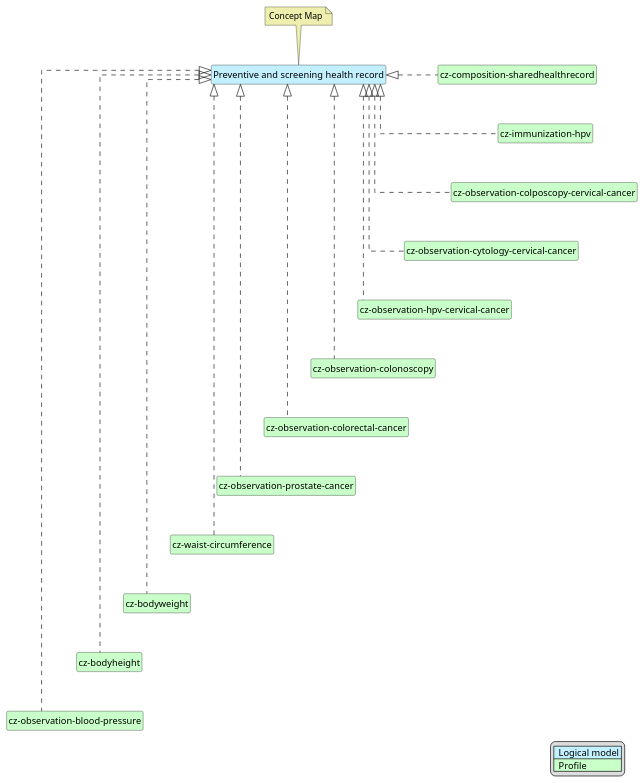
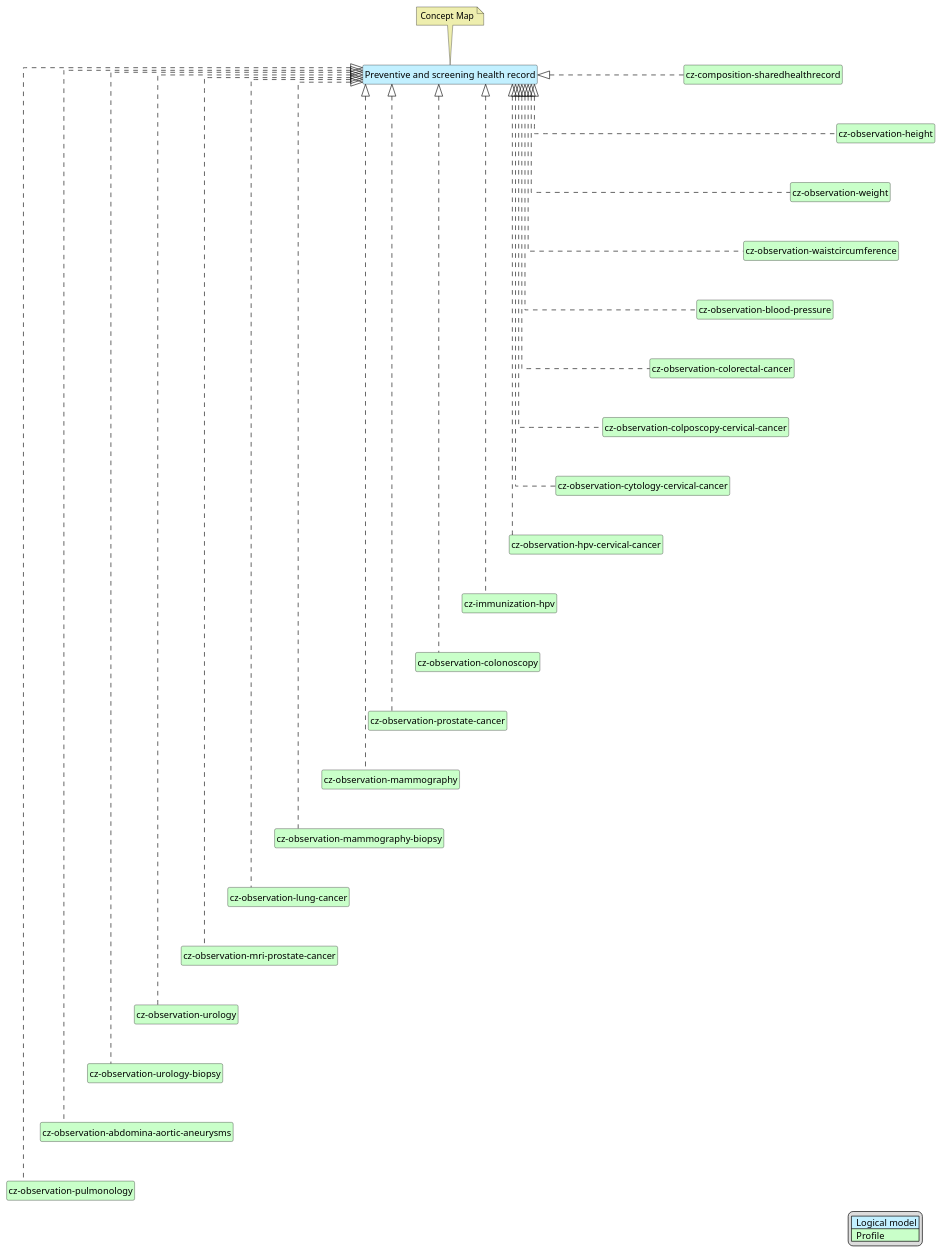
One commit to HL7-cz/szz changed the diagram in input/images-source/szz-scr-map.plantuml. Above: the diagram before and after it, drawn with PlantUML. The commit also changed 1 other file, not shown here.

Commit message:
Revising Screening and Preventive Document body mapping models

```diff
--- a/input/images-source/szz-scr-map.plantuml
+++ b/input/images-source/szz-scr-map.plantuml
@@ -1,59 +1,83 @@
 @startuml
 hide circle
 hide stereotype
 hide members
 hide methods
 skinparam linetype ortho
 skinparam class {
 BackgroundColor<<LogicalModel>> #APPLICATION
 BackgroundColor<<Profile>> #TECHNOLOGY
 }
 legend right
 | <#APPLICATION>  Logical model |
 | <#TECHNOLOGY>  Profile |
 endlegend
 
 class "Preventive and screening health record" <<LogicalModel>> [[StructureDefinition-PreventiveAndScreeningRecordCz.html]]
 note top #EEEEAE [[ConceptMap-ScreeningRecor2FHIR-cz.html]]
 Concept Map
 endnote
 
 class "cz-composition-sharedhealthrecord" <<Profile>> [[StructureDefinition-cz-composition-sharedhealthrecord.html]]
-class "cz-immunization-hpv" <<Profile>> [[StructureDefinition-cz-immunization-hpv.html]]
+class "cz-observation-height" <<Profile>> [[StructureDefinition-cz-observation-height.html]]
+class "cz-observation-weight" <<Profile>> [[StructureDefinition-cz-observation-weight.html]]
+class "cz-observation-waistcircumference" <<Profile>> [[StructureDefinition-cz-observation-waistcircumference.html]]
+class "cz-observation-blood-pressure" <<Profile>> [[StructureDefinition-cz-observation-blood-pressure.html]]
+class "cz-observation-colorectal-cancer" <<Profile>> [[StructureDefinition-cz-observation-colorectal-cancer.html]]
 class "cz-observation-colposcopy-cervical-cancer" <<Profile>> [[StructureDefinition-cz-observation-colposcopy-cervical-cancer.html]]
 class "cz-observation-cytology-cervical-cancer" <<Profile>> [[StructureDefinition-cz-observation-cytology-cervical-cancer.html]]
 class "cz-observation-hpv-cervical-cancer" <<Profile>> [[StructureDefinition-cz-observation-hpv-cervical-cancer.html]]
+class "cz-immunization-hpv" <<Profile>> [[StructureDefinition-cz-immunization-hpv.html]]
 class "cz-observation-colonoscopy" <<Profile>> [[StructureDefinition-cz-observation-colonoscopy.html]]
-class "cz-observation-colorectal-cancer" <<Profile>> [[StructureDefinition-cz-observation-colorectal-cancer.html]]
 class "cz-observation-prostate-cancer" <<Profile>> [[StructureDefinition-cz-observation-prostate-cancer.html]]
-class "cz-waist-circumference" <<Profile>> [[StructureDefinition-cz-waist-circumference.html]]
-class "cz-bodyweight" <<Profile>> [[StructureDefinition-cz-bodyweight.html]]
-class "cz-bodyheight" <<Profile>> [[StructureDefinition-cz-bodyheight.html]]
-class "cz-observation-blood-pressure" <<Profile>> [[StructureDefinition-cz-observation-blood-pressure.html]]
+class "cz-observation-mammography" <<Profile>> [[StructureDefinition-cz-observation-mammography.html]]
+class "cz-observation-mammography-biopsy" <<Profile>> [[StructureDefinition-cz-observation-mammography-biopsy.html]]
+class "cz-observation-lung-cancer" <<Profile>> [[StructureDefinition-cz-observation-lung-cancer.html]]
+class "cz-observation-mri-prostate-cancer" <<Profile>> [[StructureDefinition-cz-observation-mri-prostate-cancer.html]]
+class "cz-observation-urology" <<Profile>> [[StructureDefinition-cz-observation-urology.html]]
+class "cz-observation-urology-biopsy" <<Profile>> [[StructureDefinition-cz-observation-urology-biopsy.html]]
+class "cz-observation-abdomina-aortic-aneurysms" <<Profile>> [[StructureDefinition-cz-observation-abdomina-aortic-aneurysms.html]]
+class "cz-observation-pulmonology" <<Profile>> [[StructureDefinition-cz-observation-pulmonology.html]]
 
 "Preventive and screening health record" <|. "cz-composition-sharedhealthrecord"
-"Preventive and screening health record" <|. "cz-immunization-hpv"
+"Preventive and screening health record" <|. "cz-observation-height"
+"Preventive and screening health record" <|. "cz-observation-weight"
+"Preventive and screening health record" <|. "cz-observation-waistcircumference"
+"Preventive and screening health record" <|. "cz-observation-blood-pressure"
+"Preventive and screening health record" <|. "cz-observation-colorectal-cancer"
 "Preventive and screening health record" <|. "cz-observation-colposcopy-cervical-cancer"
 "Preventive and screening health record" <|. "cz-observation-cytology-cervical-cancer"
 "Preventive and screening health record" <|. "cz-observation-hpv-cervical-cancer"
+"Preventive and screening health record" <|. "cz-immunization-hpv"
 "Preventive and screening health record" <|. "cz-observation-colonoscopy"
-"Preventive and screening health record" <|. "cz-observation-colorectal-cancer"
 "Preventive and screening health record" <|. "cz-observation-prostate-cancer"
-"Preventive and screening health record" <|. "cz-waist-circumference"
-"Preventive and screening health record" <|. "cz-bodyweight"
-"Preventive and screening health record" <|. "cz-bodyheight"
-"Preventive and screening health record" <|. "cz-observation-blood-pressure"
+"Preventive and screening health record" <|. "cz-observation-mammography"
+"Preventive and screening health record" <|. "cz-observation-mammography-biopsy"
+"Preventive and screening health record" <|. "cz-observation-lung-cancer"
+"Preventive and screening health record" <|. "cz-observation-mri-prostate-cancer"
+"Preventive and screening health record" <|. "cz-observation-urology"
+"Preventive and screening health record" <|. "cz-observation-urology-biopsy"
+"Preventive and screening health record" <|. "cz-observation-abdomina-aortic-aneurysms"
+"Preventive and screening health record" <|. "cz-observation-pulmonology"
 
-"cz-composition-sharedhealthrecord" -d[hidden]-> "cz-immunization-hpv"
-"cz-immunization-hpv" -d[hidden]-> "cz-observation-colposcopy-cervical-cancer"
+"cz-composition-sharedhealthrecord" -d[hidden]-> "cz-observation-height"
+"cz-observation-height" -d[hidden]-> "cz-observation-weight"
+"cz-observation-weight" -d[hidden]-> "cz-observation-waistcircumference"
+"cz-observation-waistcircumference" -d[hidden]-> "cz-observation-blood-pressure"
+"cz-observation-blood-pressure" -d[hidden]-> "cz-observation-colorectal-cancer"
+"cz-observation-colorectal-cancer" -d[hidden]-> "cz-observation-colposcopy-cervical-cancer"
 "cz-observation-colposcopy-cervical-cancer" -d[hidden]-> "cz-observation-cytology-cervical-cancer"
 "cz-observation-cytology-cervical-cancer" -d[hidden]-> "cz-observation-hpv-cervical-cancer"
-"cz-observation-hpv-cervical-cancer" -d[hidden]-> "cz-observation-colonoscopy"
-"cz-observation-colonoscopy"-d[hidden]-> "cz-observation-colorectal-cancer"
-"cz-observation-colorectal-cancer" -d[hidden]-> "cz-observation-prostate-cancer"
-"cz-observation-prostate-cancer" -d[hidden]-> "cz-waist-circumference"
-"cz-waist-circumference" -d[hidden]-> "cz-bodyweight"
-"cz-bodyweight" -d[hidden]-> "cz-bodyheight"
-"cz-bodyheight" -d[hidden]-> "cz-observation-blood-pressure"
+"cz-observation-hpv-cervical-cancer" -d[hidden]-> "cz-immunization-hpv"
+"cz-immunization-hpv" -d[hidden]-> "cz-observation-colonoscopy"
+"cz-observation-colonoscopy" -d[hidden]-> "cz-observation-prostate-cancer"
+"cz-observation-prostate-cancer" -d[hidden]-> "cz-observation-mammography"
+"cz-observation-mammography" -d[hidden]-> "cz-observation-mammography-biopsy"
+"cz-observation-mammography-biopsy" -d[hidden]-> "cz-observation-lung-cancer"
+"cz-observation-lung-cancer" -d[hidden]-> "cz-observation-mri-prostate-cancer"
+"cz-observation-mri-prostate-cancer" -d[hidden]-> "cz-observation-urology"
+"cz-observation-urology" -d[hidden]-> "cz-observation-urology-biopsy"
+"cz-observation-urology-biopsy" -d[hidden]-> "cz-observation-abdomina-aortic-aneurysms"
+"cz-observation-abdomina-aortic-aneurysms" -d[hidden]-> "cz-observation-pulmonology"
 
 @enduml
```
